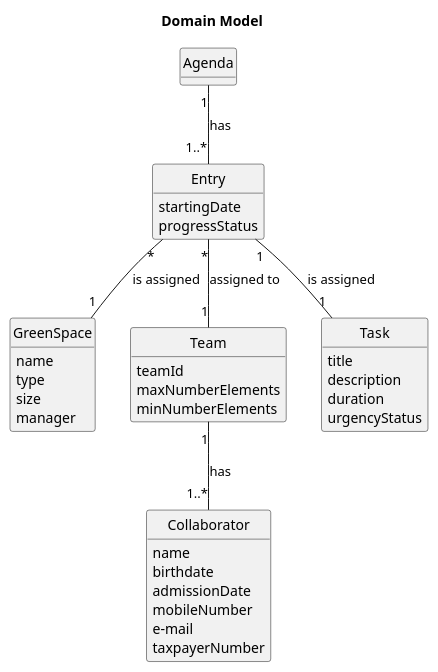
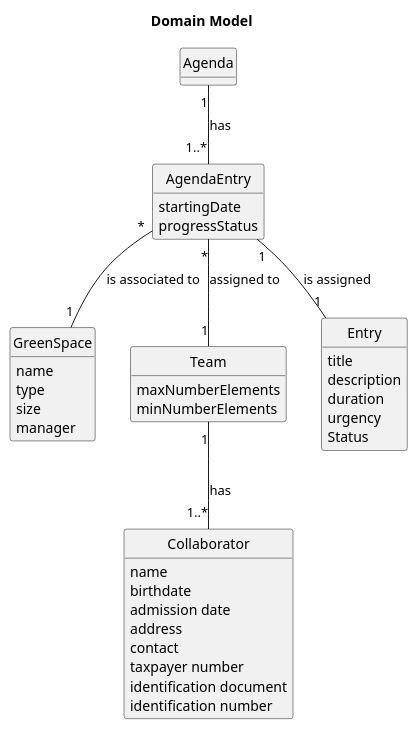
Before and after one commit to RicardoMorim/lapr2-ISEP-Project: the diagram in docs/sprintC/us025/02.analysis/puml/025-domain-model.puml, drawn with PlantUML. The commit also changed 11 other files, not shown here.

```diff
--- a/docs/sprintC/us025/02.analysis/puml/025-domain-model.puml
+++ b/docs/sprintC/us025/02.analysis/puml/025-domain-model.puml
@@ -1,51 +1,53 @@
 @startuml
 
 title Domain Model
 
 hide methods
 hide circle
 
 class Agenda {
 }
 
-class Entry {
+class AgendaEntry {
   startingDate
   progressStatus
 }
 
 class GreenSpace {
   name
   type
   size
   manager
 }
 
 class Team {
-  teamId
   maxNumberElements
   minNumberElements
 }
 
-class Task {
+class Entry {
   title
   description
   duration
-  urgencyStatus
+  urgency
+  Status
 }
 
 class Collaborator {
-  name
-  birthdate
-  admissionDate
-  mobileNumber
-  e-mail
-  taxpayerNumber
+    name
+    birthdate
+    admission date
+    address
+    contact
+    taxpayer number
+    identification document
+    identification number
 }
 
-Agenda "1" -- "1..*" Entry : has
-Entry "*" -- "1" GreenSpace : is assigned
-Entry "*" -- "1" Team : assigned to
-Entry "1" -- "1" Task : is assigned
+Agenda "1" -- "1..*" AgendaEntry : has
+AgendaEntry "*" -- "1" GreenSpace : is associated to
+AgendaEntry "*" -- "1" Team : assigned to
+AgendaEntry "1" -- "1" Entry : is assigned
 Team "1" -- "1..*" Collaborator : has
 
 @enduml
```
